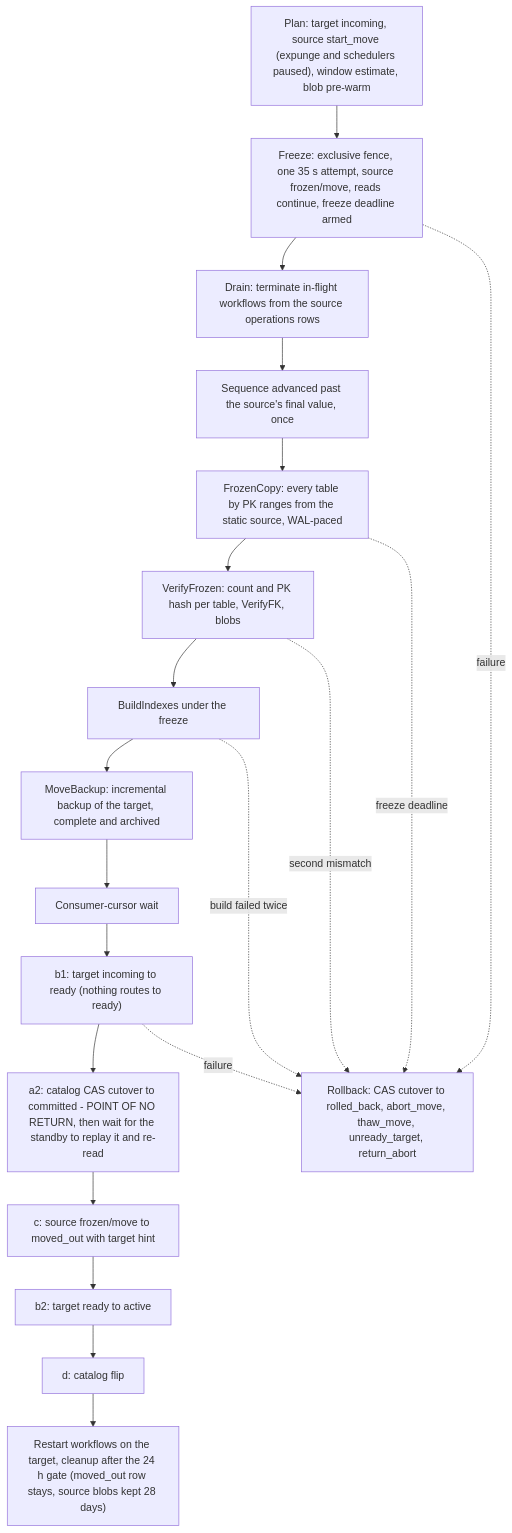
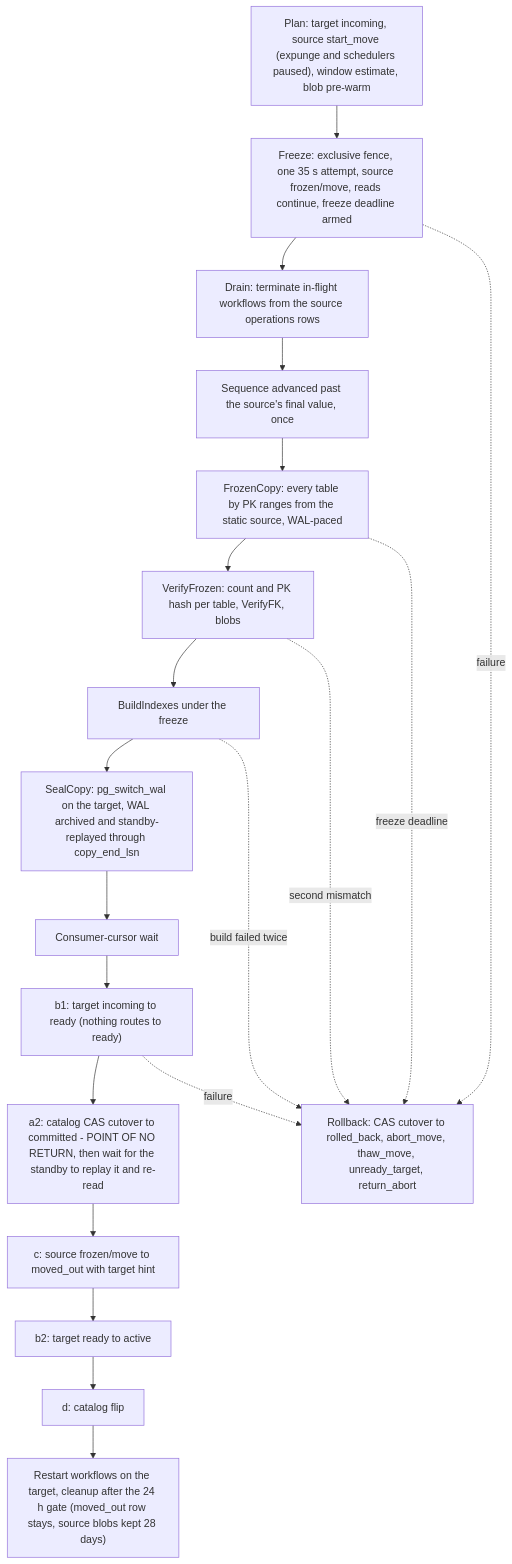
The sixth of 6 diagrams in plans/engram/sections/01-architecture.md (gstamatakis95/agent-memory-benchmark), drawn with Mermaid before and after one commit. The commit also changed other lines of this file and 21 other files, not shown here.

First line of the commit message:
D27 data model + SQL applied (WAL floor columns, lost state, stats-reader helpers, restore closes move)

````diff
--- a/plans/engram/sections/01-architecture.md
+++ b/plans/engram/sections/01-architecture.md
@@ -584,25 +584,25 @@
 ```mermaid
 flowchart TB
   P["Plan: target incoming, source start_move (expunge and schedulers paused), window estimate, blob pre-warm"]
   F["Freeze: exclusive fence, one 35 s attempt, source frozen/move, reads continue, freeze deadline armed"]
   D["Drain: terminate in-flight workflows from the source operations rows"]
   S["Sequence advanced past the source's final value, once"]
   C["FrozenCopy: every table by PK ranges from the static source, WAL-paced"]
   V["VerifyFrozen: count and PK hash per table, VerifyFK, blobs"]
   IX["BuildIndexes under the freeze"]
-  MB["MoveBackup: incremental backup of the target, complete and archived"]
+  MB["SealCopy: pg_switch_wal on the target, WAL archived and standby-replayed through copy_end_lsn"]
   CW["Consumer-cursor wait"]
   B1["b1: target incoming to ready (nothing routes to ready)"]
   A2["a2: catalog CAS cutover to committed - POINT OF NO RETURN, then wait for the standby to replay it and re-read"]
   CS["c: source frozen/move to moved_out with target hint"]
   B2["b2: target ready to active"]
   CD["d: catalog flip"]
   RS["Restart workflows on the target, cleanup after the 24 h gate (moved_out row stays, source blobs kept 28 days)"]
   RB["Rollback: CAS cutover to rolled_back, abort_move, thaw_move, unready_target, return_abort"]
   P --> F --> D --> S --> C --> V --> IX --> MB --> CW --> B1 --> A2 --> CS --> B2 --> CD --> RS
   F -.->|"failure"| RB
   C -.->|"freeze deadline"| RB
   V -.->|"second mismatch"| RB
   IX -.->|"build failed twice"| RB
   B1 -.->|"failure"| RB
 ```
````
